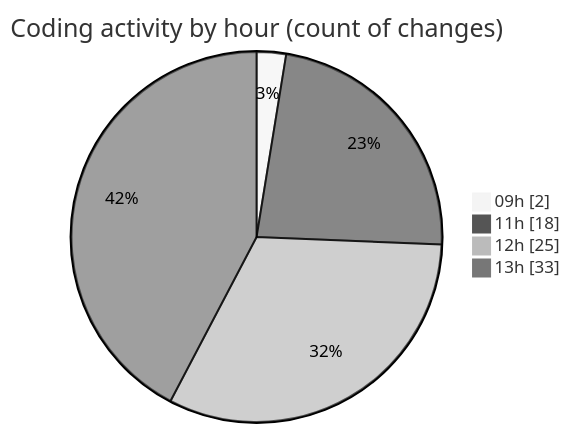
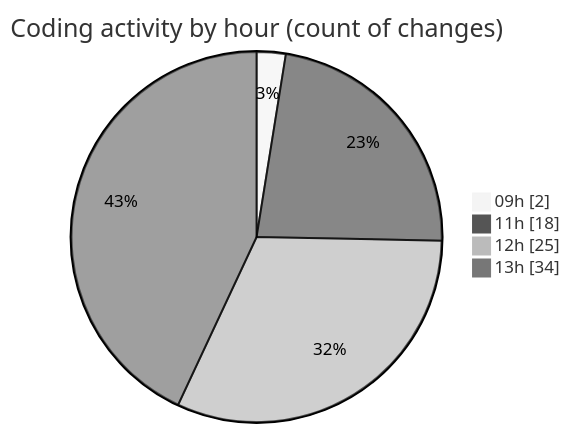
The second of 2 diagrams in 2025-06-30/cda/README.md (momahboobian/code-tracking), drawn with Mermaid (neutral theme) before and after one commit. The commit also changed other lines of this file and 1 other file, not shown here.

````diff
--- a/2025-06-30/cda/README.md
+++ b/2025-06-30/cda/README.md
@@ -50,8 +50,8 @@
 ```mermaid
 pie showData
 title Coding activity by hour (count of changes)
 "09h" : 2
 "11h" : 18
 "12h" : 25
-"13h" : 33
+"13h" : 34
 ```
````
